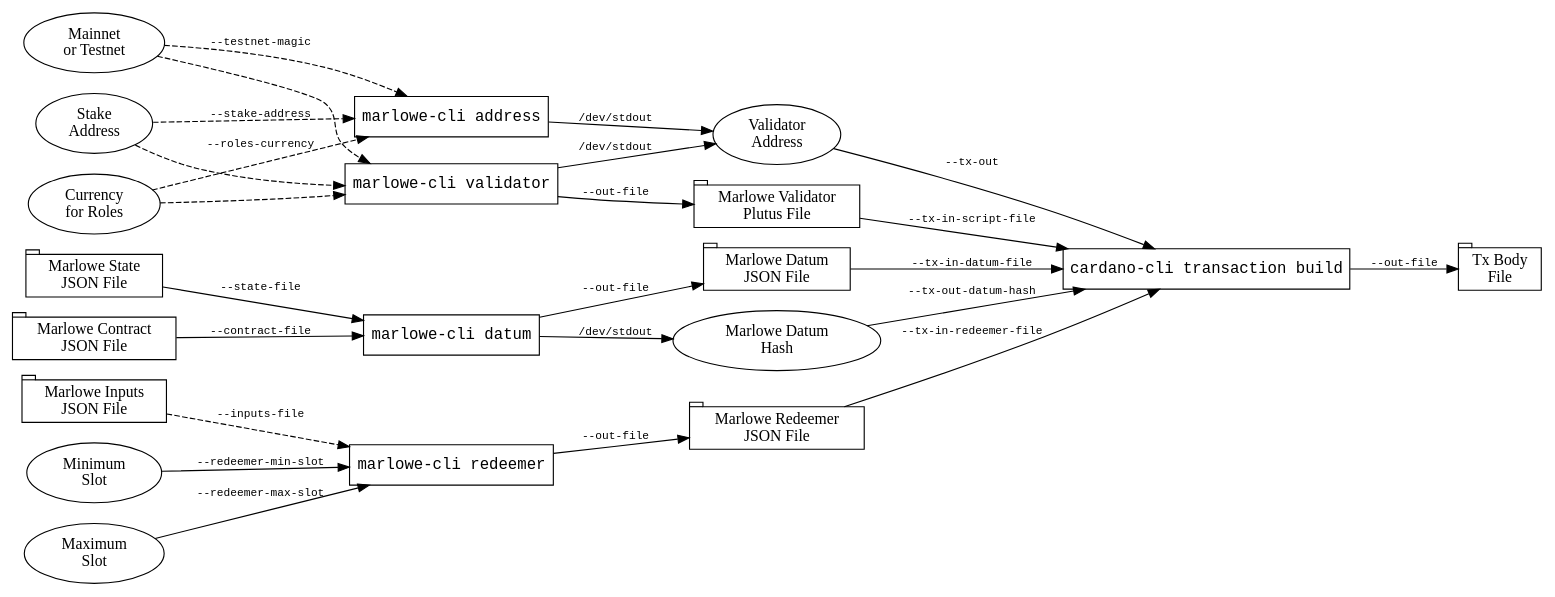
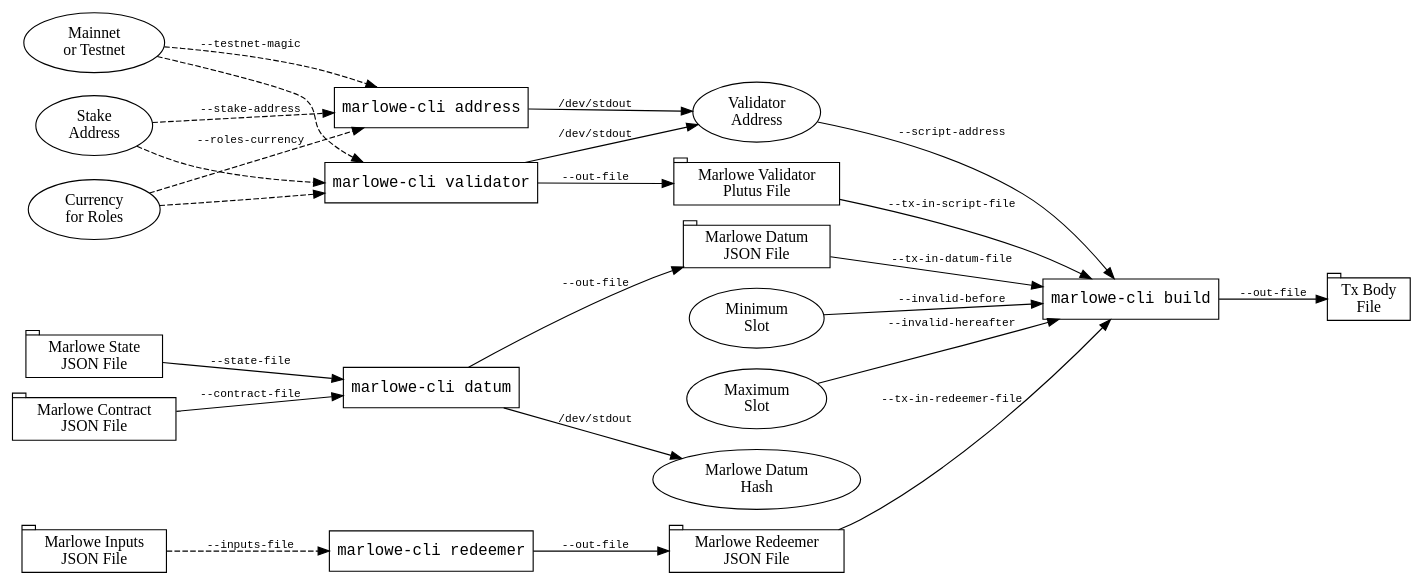
The diagram in marlowe/cli-doc/diagrams/workflow.dot (input-output-hk/marlowe-cardano), drawn with Graphviz before and after one commit. The commit also changed 21 other files, not shown here.

```diff
--- a/marlowe/cli-doc/diagrams/workflow.dot
+++ b/marlowe/cli-doc/diagrams/workflow.dot
@@ -1,84 +1,83 @@
 digraph {
 
 rankdir=LR
 
 
 Network       [label="Mainnet\nor Testnet"]
 StakeAddress  [label="Stake\nAddress"     ]
 RolesCurrency [label="Currency\nfor Roles"]
 
 
 AddressCommand [label="marlowe-cli address", shape=box, fontname=monospace]
 
 
 Network       -> AddressCommand [label="--testnet-magic" , fontname=monospace, fontsize=10, style=dashed]
 StakeAddress  -> AddressCommand [label="--stake-address" , fontname=monospace, fontsize=10, style=dashed]
 RolesCurrency -> AddressCommand [label="--roles-currency", fontname=monospace, fontsize=10, style=dashed]
 
 
 ValidatorAddress [label="Validator\nAddress"]
 
 AddressCommand -> ValidatorAddress [label="/dev/stdout", fontname=monospace, fontsize=10]
 
 
 ValidatorCommand [label="marlowe-cli validator", shape=box, fontname=monospace]
 
 Network       -> ValidatorCommand [style=dashed]
 StakeAddress  -> ValidatorCommand [style=dashed]
 RolesCurrency -> ValidatorCommand [style=dashed]
 
 
 ValidatorFile [label="Marlowe Validator\nPlutus File", shape=tab]
 
 ValidatorCommand -> ValidatorAddress [label="/dev/stdout", fontname=monospace, fontsize=10]
 ValidatorCommand -> ValidatorFile    [label="--out-file" , fontname=monospace, fontsize=10]
 
 
 ContractFile [label="Marlowe Contract\nJSON File", shape=tab]
 StateFile    [label="Marlowe State\nJSON File"   , shape=tab]
 
 
 DatumCommand [label="marlowe-cli datum", shape=box, fontname=monospace]
 
 ContractFile -> DatumCommand [label="--contract-file", fontname=monospace, fontsize=10]
 StateFile    -> DatumCommand [label="--state-file"   , fontname=monospace, fontsize=10]
 
 
 DatumFile [label="Marlowe Datum\nJSON File", shape=tab]
 DatumHash [label="Marlowe Datum\nHash"                ]
 
 DatumCommand -> DatumFile [label="--out-file" , fontname=monospace, fontsize=10]
 DatumCommand -> DatumHash [label="/dev/stdout", fontname=monospace, fontsize=10]
 
 
 InputsFile [label="Marlowe Inputs\nJSON File", shape=tab]
 MinSlot    [label="Minimum\nSlot"]
 MaxSlot    [label="Maximum\nSlot"]
 
 
 RedeemerCommand [label="marlowe-cli redeemer", shape=box, fontname=monospace]
 
 InputsFile -> RedeemerCommand [label="--inputs-file"      , fontname=monospace, fontsize=10, style=dashed]
-MinSlot    -> RedeemerCommand [label="--redeemer-min-slot", fontname=monospace, fontsize=10]
-MaxSlot    -> RedeemerCommand [label="--redeemer-max-slot", fontname=monospace, fontsize=10]
 
 
 RedeemerFile [label="Marlowe Redeemer\nJSON File", shape=tab]
 
 RedeemerCommand -> RedeemerFile [label="--out-file", fontname=monospace, fontsize=10]
 
 
-CardanoCLI [label="cardano-cli transaction build", shape=box, fontname=monospace]
+CardanoCLI [label="marlowe-cli build", shape=box, fontname=monospace]
 
-ValidatorAddress -> CardanoCLI [label="--tx-out"             , fontname=monospace, fontsize=10]
+ValidatorAddress -> CardanoCLI [label="--script-address"     , fontname=monospace, fontsize=10]
 ValidatorFile    -> CardanoCLI [label="--tx-in-script-file"  , fontname=monospace, fontsize=10]
 DatumFile        -> CardanoCLI [label="--tx-in-datum-file"   , fontname=monospace, fontsize=10]
 RedeemerFile     -> CardanoCLI [label="--tx-in-redeemer-file", fontname=monospace, fontsize=10]
-DatumHash        -> CardanoCLI [label="--tx-out-datum-hash"  , fontname=monospace, fontsize=10]
+MinSlot          -> CardanoCLI [label="--invalid-before"     , fontname=monospace, fontsize=10]
+MaxSlot          -> CardanoCLI [label="--invalid-hereafter"  , fontname=monospace, fontsize=10]
 
 
 TxBodyFile [label="Tx Body\nFile", shape=tab]
 
 CardanoCLI -> TxBodyFile [label="--out-file", fontname=monospace, fontsize=10]
 
 }
```
